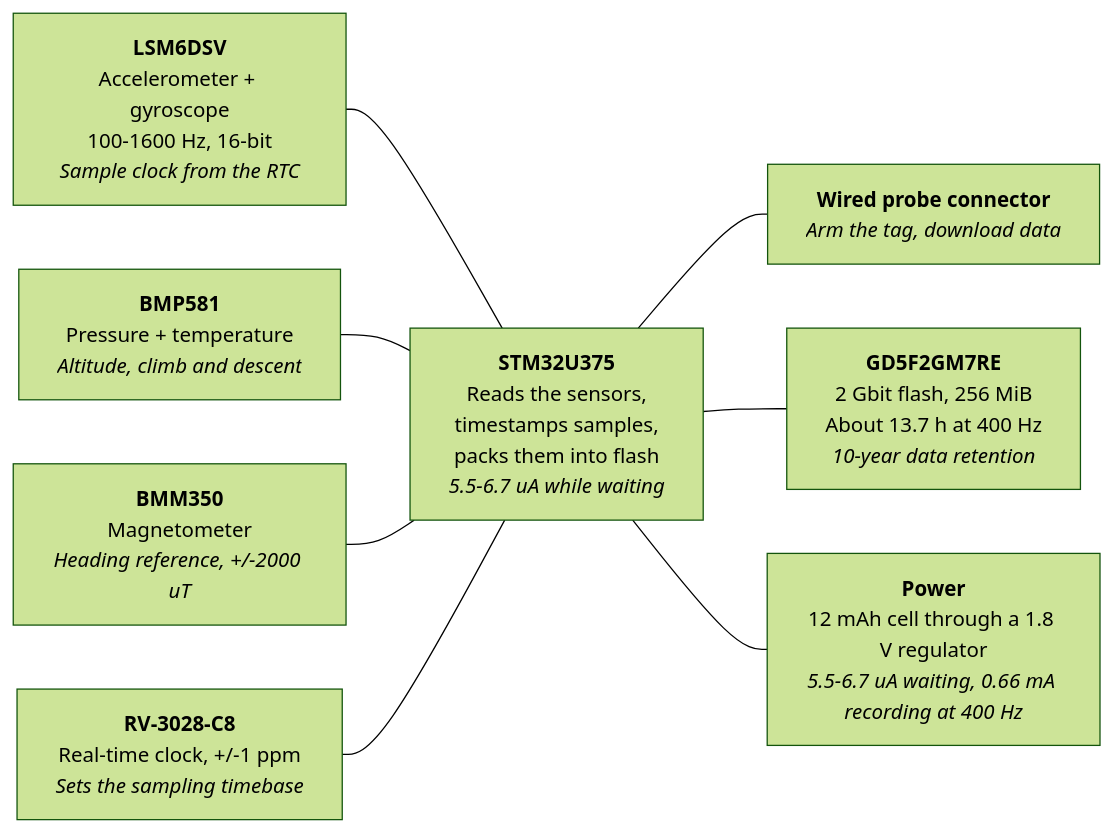
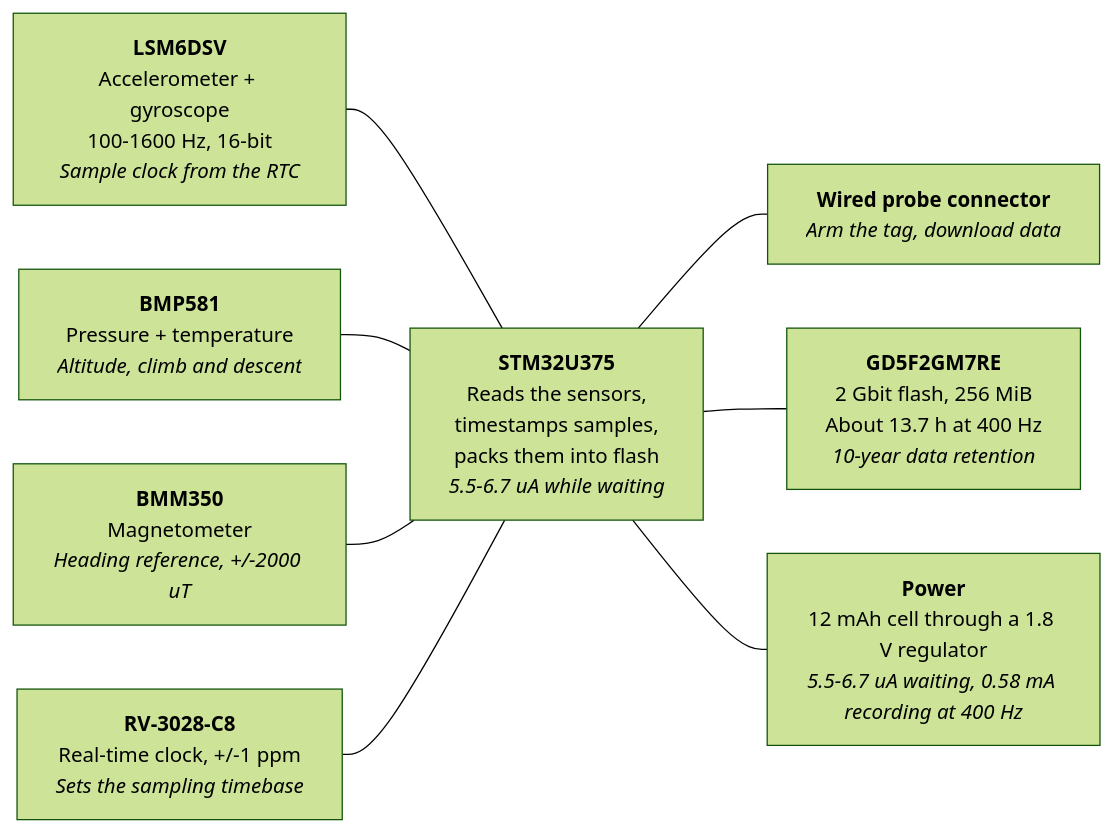
One commit to tag-designs/software changed the diagram in host/docs/src/imutag-overview.md. Above: the diagram before and after it, drawn with Mermaid (forest theme). The commit also changed other lines of this file and 8 other files, not shown here.

````diff
--- a/host/docs/src/imutag-overview.md
+++ b/host/docs/src/imutag-overview.md
@@ -94,22 +94,22 @@
 ```mermaid
 graph LR
     IMU["<b>LSM6DSV</b><br/>Accelerometer + gyroscope<br/>100-1600 Hz, 16-bit<br/><i>Sample clock from the RTC</i>"]
     PRS["<b>BMP581</b><br/>Pressure + temperature<br/><i>Altitude, climb and descent</i>"]
     MAG["<b>BMM350</b><br/>Magnetometer<br/><i>Heading reference, +/-2000 uT</i>"]
     RTC["<b>RV-3028-C8</b><br/>Real-time clock, +/-1 ppm<br/><i>Sets the sampling timebase</i>"]
 
     MCU["<b>STM32U375</b><br/>Reads the sensors,<br/>timestamps samples,<br/>packs them into flash<br/><i>5.5-6.7 uA while waiting</i>"]
 
     SWD["<b>Wired probe connector</b><br/><i>Arm the tag, download data</i>"]
     NAND["<b>GD5F2GM7RE</b><br/>2 Gbit flash, 256 MiB<br/>About 13.7 h at 400 Hz<br/><i>10-year data retention</i>"]
 
-    PWR["<b>Power</b><br/>12 mAh cell through a 1.8 V regulator<br/><i>5.5-6.7 uA waiting, 0.66 mA recording at 400 Hz</i>"]
+    PWR["<b>Power</b><br/>12 mAh cell through a 1.8 V regulator<br/><i>5.5-6.7 uA waiting, 0.58 mA recording at 400 Hz</i>"]
 
     IMU --- MCU
     PRS --- MCU
     MAG --- MCU
     RTC --- MCU
     MCU --- SWD
     MCU --- NAND
     MCU --- PWR
 ```
````
